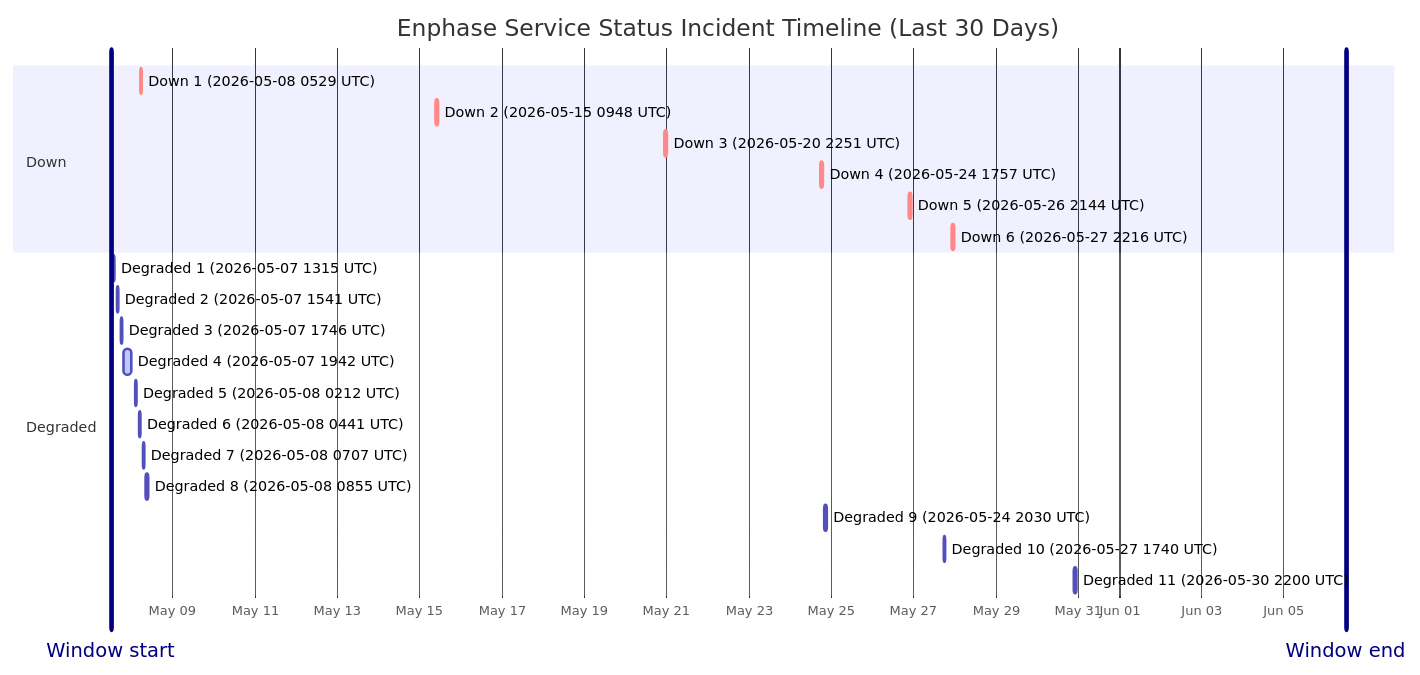
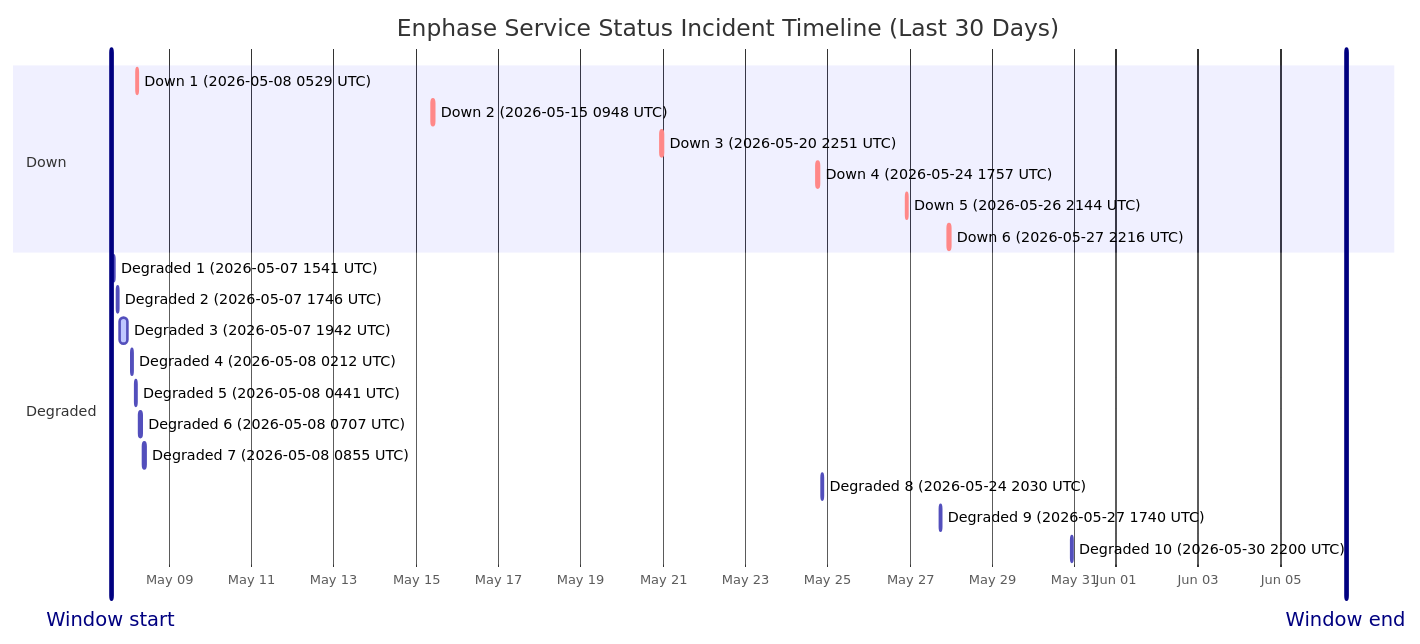
Before and after one commit to barneyonline/ha-enphase-energy: the diagram in wiki/Service-Status-History.md, drawn with Mermaid. The commit also changed other lines of this file and 3 other files, not shown here.

````diff
--- a/wiki/Service-Status-History.md
+++ b/wiki/Service-Status-History.md
@@ -14,27 +14,26 @@
 ```mermaid
 gantt
     title Enphase Service Status Incident Timeline (Last 30 Days)
     dateFormat  YYYY-MM-DDTHH:mm:ss
     axisFormat  %b %d
-    Window start :vert, window-start, 2026-05-07T12:05:01, 0ms
-    Window end :vert, window-end, 2026-06-06T12:05:01, 0ms
+    Window start :vert, window-start, 2026-05-07T14:15:43, 0ms
+    Window end :vert, window-end, 2026-06-06T14:15:43, 0ms
     section Down
     Down 1 (2026-05-08 0529 UTC) :crit, down-1, 2026-05-08T05:29:47, 60m
     Down 2 (2026-05-15 0948 UTC) :crit, down-2, 2026-05-15T09:48:18, 60m
     Down 3 (2026-05-20 2251 UTC) :crit, down-3, 2026-05-20T22:51:14, 75m
     Down 4 (2026-05-24 1757 UTC) :crit, down-4, 2026-05-24T17:57:41, 86m
     Down 5 (2026-05-26 2144 UTC) :crit, down-5, 2026-05-26T21:44:11, 85m
     Down 6 (2026-05-27 2216 UTC) :crit, down-6, 2026-05-27T22:16:53, 87m
     section Degraded
-    Degraded 1 (2026-05-07 1315 UTC) :active, degraded-1, 2026-05-07T13:15:25, 60m
-    Degraded 2 (2026-05-07 1541 UTC) :active, degraded-2, 2026-05-07T15:41:58, 60m
-    Degraded 3 (2026-05-07 1746 UTC) :active, degraded-3, 2026-05-07T17:46:51, 60m
-    Degraded 4 (2026-05-07 1942 UTC) :active, degraded-4, 2026-05-07T19:42:10, 249m
-    Degraded 5 (2026-05-08 0212 UTC) :active, degraded-5, 2026-05-08T02:12:39, 60m
-    Degraded 6 (2026-05-08 0441 UTC) :active, degraded-6, 2026-05-08T04:41:46, 60m
-    Degraded 7 (2026-05-08 0707 UTC) :active, degraded-7, 2026-05-08T07:07:30, 60m
-    Degraded 8 (2026-05-08 0855 UTC) :active, degraded-8, 2026-05-08T08:55:20, 88m
-    Degraded 9 (2026-05-24 2030 UTC) :active, degraded-9, 2026-05-24T20:30:57, 84m
-    Degraded 10 (2026-05-27 1740 UTC) :active, degraded-10, 2026-05-27T17:40:52, 60m
-    Degraded 11 (2026-05-30 2200 UTC) :active, degraded-11, 2026-05-30T22:00:37, 60m
+    Degraded 1 (2026-05-07 1541 UTC) :active, degraded-1, 2026-05-07T15:41:58, 60m
+    Degraded 2 (2026-05-07 1746 UTC) :active, degraded-2, 2026-05-07T17:46:51, 60m
+    Degraded 3 (2026-05-07 1942 UTC) :active, degraded-3, 2026-05-07T19:42:10, 249m
+    Degraded 4 (2026-05-08 0212 UTC) :active, degraded-4, 2026-05-08T02:12:39, 60m
+    Degraded 5 (2026-05-08 0441 UTC) :active, degraded-5, 2026-05-08T04:41:46, 60m
+    Degraded 6 (2026-05-08 0707 UTC) :active, degraded-6, 2026-05-08T07:07:30, 60m
+    Degraded 7 (2026-05-08 0855 UTC) :active, degraded-7, 2026-05-08T08:55:20, 88m
+    Degraded 8 (2026-05-24 2030 UTC) :active, degraded-8, 2026-05-24T20:30:57, 84m
+    Degraded 9 (2026-05-27 1740 UTC) :active, degraded-9, 2026-05-27T17:40:52, 60m
+    Degraded 10 (2026-05-30 2200 UTC) :active, degraded-10, 2026-05-30T22:00:37, 60m
 ```
````
